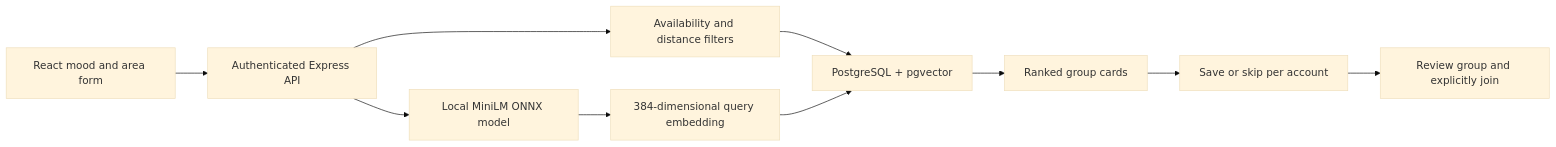
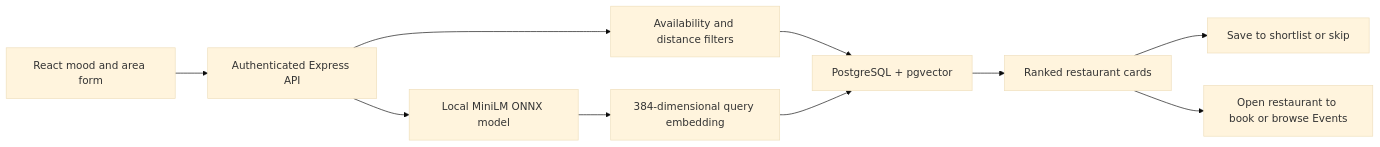
The diagram in docs/DISCOVERY.md (jc-ongg/26s1-sc4025-group4), drawn with Mermaid (base theme) before and after one commit. The commit also changed other lines of this file and 8 other files, not shown here.

````diff
--- a/docs/DISCOVERY.md
+++ b/docs/DISCOVERY.md
@@ -16,12 +16,12 @@
 ```mermaid
 flowchart LR
   A[React mood and area form] --> B[Authenticated Express API]
   B --> C[Local MiniLM ONNX model]
   C --> D[384-dimensional query embedding]
   B --> E[Availability and distance filters]
   E --> F[PostgreSQL + pgvector]
   D --> F
-  F --> G[Ranked group cards]
-  G --> H[Save or skip per account]
-  H --> I[Review group and explicitly join]
+  F --> G[Ranked restaurant cards]
+  G --> H[Save to shortlist or skip]
+  G --> I[Open restaurant to book or browse Events]
 ```
````
